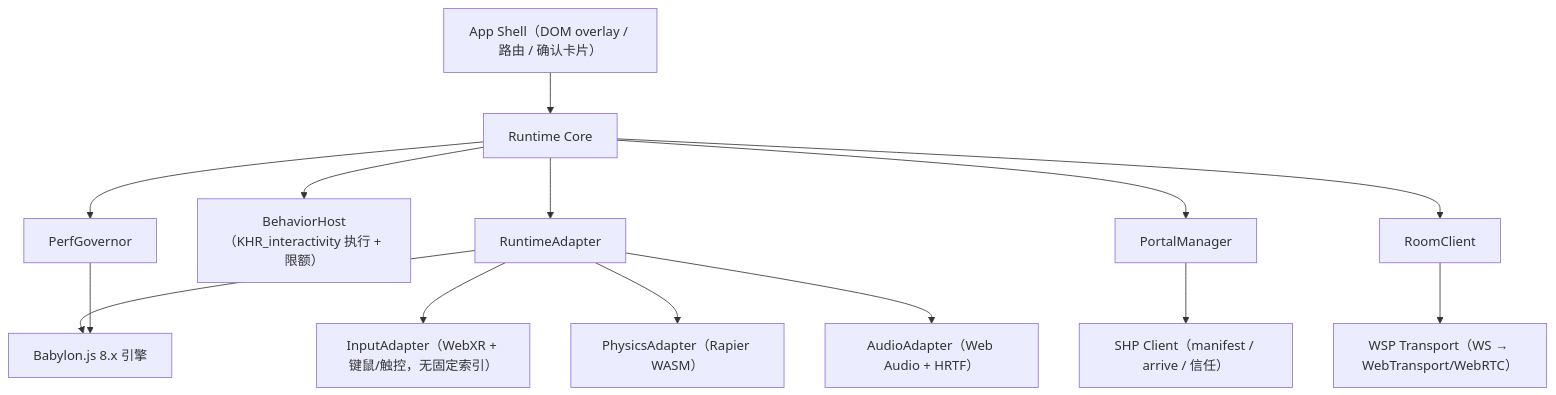
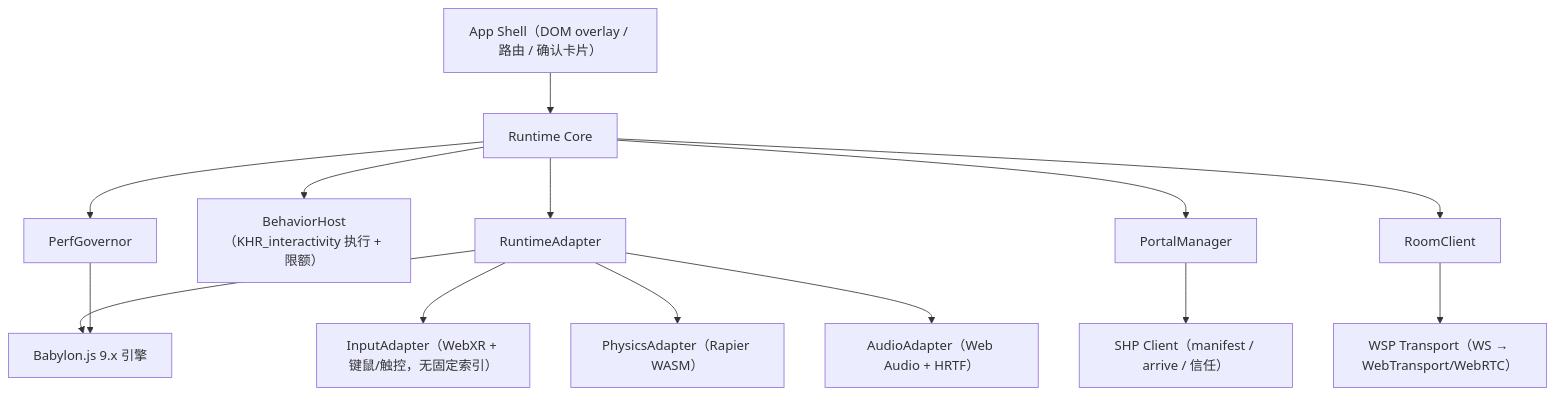
One commit to haeliotang/choroweave changed the third of 4 diagrams in docs/03-architecture.md. Above: the diagram before and after it, drawn with Mermaid. The commit also changed other lines of this file and 30 other files, not shown here.

````diff
--- a/docs/03-architecture.md
+++ b/docs/03-architecture.md
@@ -227,16 +227,16 @@
 ```mermaid
 flowchart TB
   SHELL["App Shell（DOM overlay / 路由 / 确认卡片）"] --> CORE["Runtime Core"]
   CORE --> ADAPTER["RuntimeAdapter"]
-  ADAPTER --> BAB["Babylon.js 8.x 引擎"]
+  ADAPTER --> BAB["Babylon.js 9.x 引擎"]
   ADAPTER --> INPUT["InputAdapter（WebXR + 键鼠/触控，无固定索引）"]
   ADAPTER --> PHYS["PhysicsAdapter（Rapier WASM）"]
   ADAPTER --> AUDIO["AudioAdapter（Web Audio + HRTF）"]
   CORE --> BEHAV["BehaviorHost（KHR_interactivity 执行 + 限额）"]
   CORE --> PM["PortalManager"]
   CORE --> RC["RoomClient"]
   CORE --> PG["PerfGovernor"]
   RC --> WSPT["WSP Transport（WS → WebTransport/WebRTC）"]
   PM --> SHP["SHP Client（manifest / arrive / 信任）"]
   PG --> BAB
 ```
````
